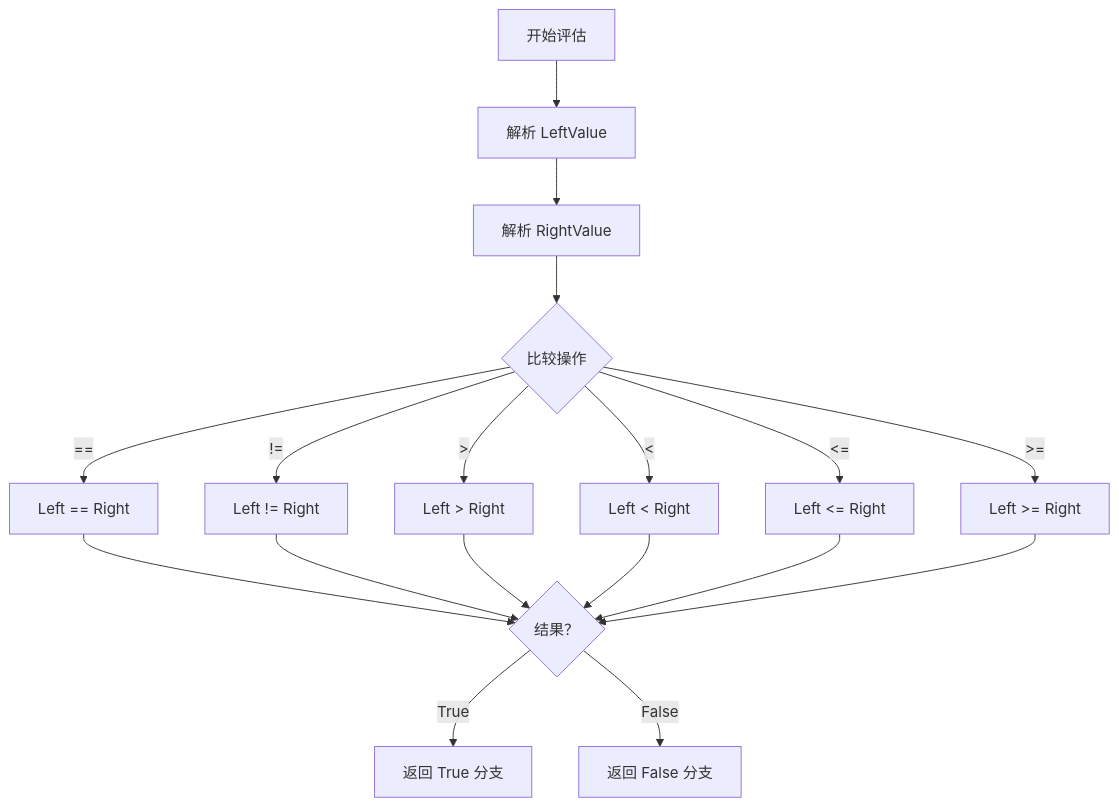
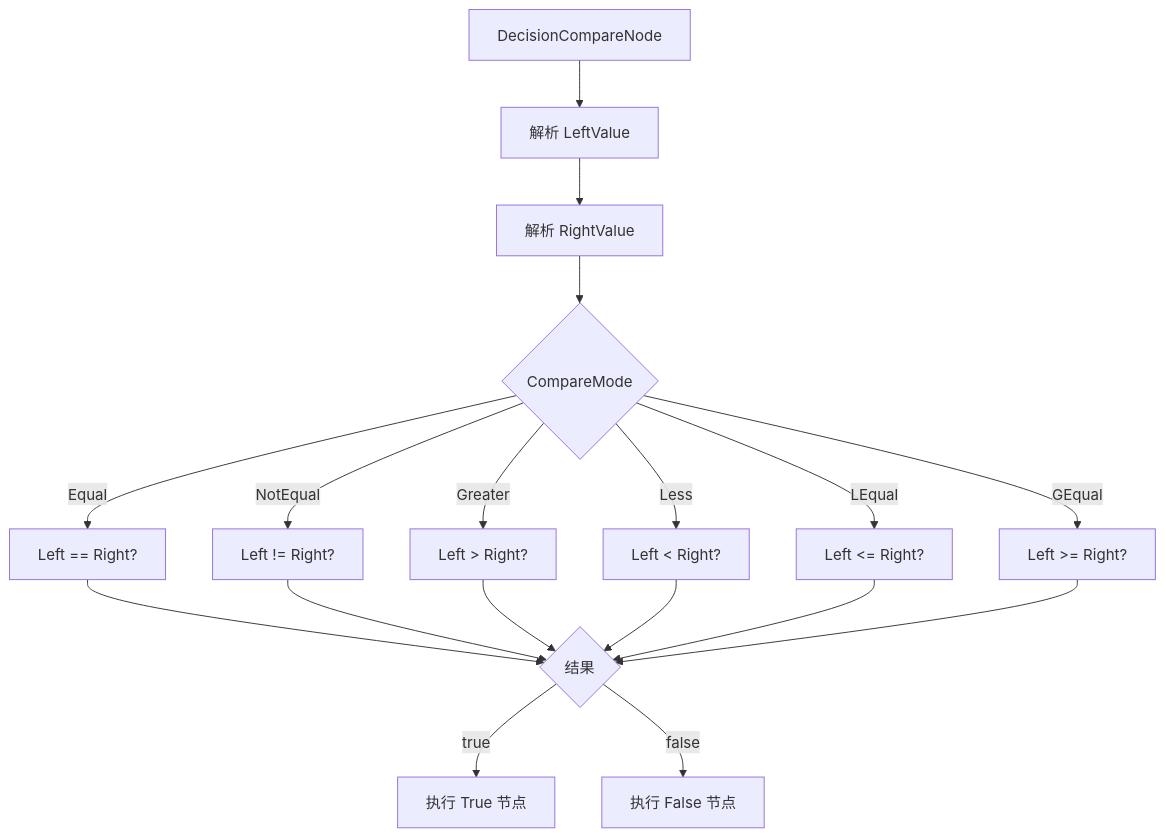
One commit to acsta/Container changed the first of 2 diagrams in Assets/Scripts/Code/Module/Config/DecisionTree/DecisionCompareNode.cs.md. Above: the diagram before and after it, drawn with Mermaid. The commit also changed other lines of this file and 9 other files, not shown here.

````diff
--- a/Assets/Scripts/Code/Module/Config/DecisionTree/DecisionCompareNode.cs.md
+++ b/Assets/Scripts/Code/Module/Config/DecisionTree/DecisionCompareNode.cs.md
@@ -165,23 +77,20 @@
 ```mermaid
 flowchart TD
-    Start[开始评估] --> ResolveLeft[解析 LeftValue]
-    ResolveLeft --> ResolveRight[解析 RightValue]
-    ResolveRight --> Compare{比较操作}
-    
-    Compare -->|==| Result1[Left == Right]
-    Compare -->|!=| Result2[Left != Right]
-    Compare -->|>| Result3[Left > Right]
-    Compare -->|<| Result4[Left < Right]
-    Compare -->|<=| Result5[Left <= Right]
-    Compare -->|>=| Result6[Left >= Right]
-    
-    Result1 --> Check{结果？}
-    Result2 --> Check
-    Result3 --> Check
-    Result4 --> Check
-    Result5 --> Check
-    Result6 --> Check
-    
-    Check -->|True| ReturnTrue[返回 True 分支]
-    Check -->|False| ReturnFalse[返回 False 分支]
+    A[DecisionCompareNode] --> B[解析 LeftValue]
+    B --> C[解析 RightValue]
+    C --> D{CompareMode}
+    D -->|Equal| E[Left == Right?]
+    D -->|NotEqual| F[Left != Right?]
+    D -->|Greater| G[Left > Right?]
+    D -->|Less| H[Left < Right?]
+    D -->|LEqual| I[Left <= Right?]
+    D -->|GEqual| J[Left >= Right?]
+    E --> K{结果}
+    F --> K
+    G --> K
+    H --> K
+    I --> K
+    J --> K
+    K -->|true| L[执行 True 节点]
+    K -->|false| M[执行 False 节点]
 ```
````
